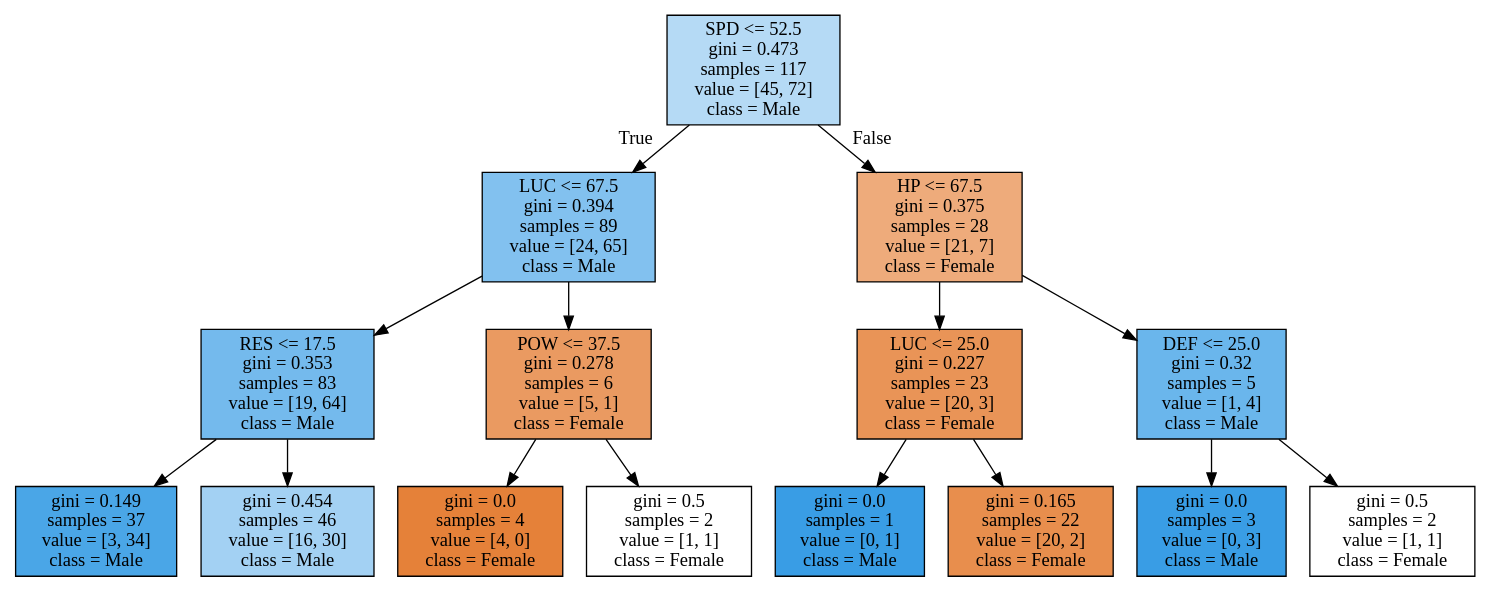
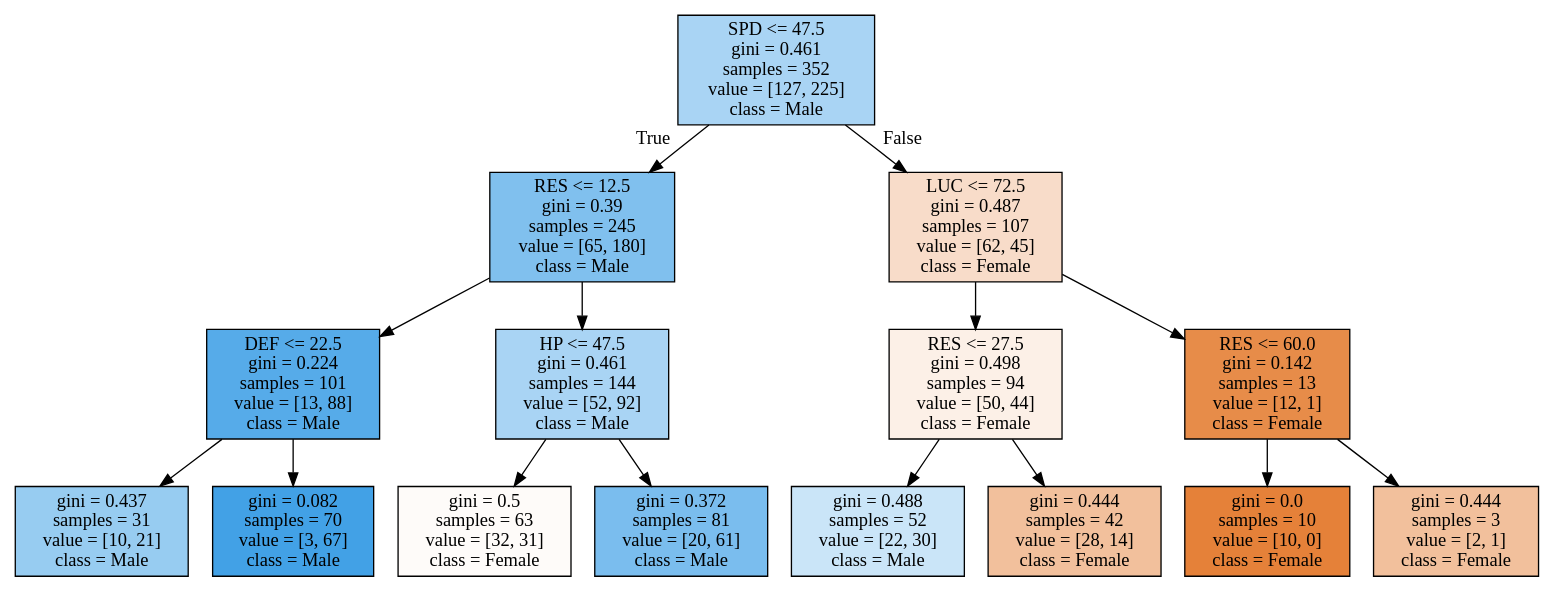
The diagram in tree.dot (hibit-at/FE_growth_rate), drawn with Graphviz before and after one commit. The commit also changed 4 other files, not shown here.

```diff
--- a/tree.dot
+++ b/tree.dot
@@ -1,32 +1,32 @@
 digraph Tree {
 node [shape=box, style="filled", color="black"] ;
-0 [label="SPD <= 52.5\ngini = 0.473\nsamples = 117\nvalue = [45, 72]\nclass = Male", fillcolor="#b5daf5"] ;
-1 [label="LUC <= 67.5\ngini = 0.394\nsamples = 89\nvalue = [24, 65]\nclass = Male", fillcolor="#82c1ef"] ;
+0 [label="SPD <= 47.5\ngini = 0.461\nsamples = 352\nvalue = [127, 225]\nclass = Male", fillcolor="#a9d4f4"] ;
+1 [label="RES <= 12.5\ngini = 0.39\nsamples = 245\nvalue = [65, 180]\nclass = Male", fillcolor="#80c0ee"] ;
 0 -> 1 [labeldistance=2.5, labelangle=45, headlabel="True"] ;
-2 [label="RES <= 17.5\ngini = 0.353\nsamples = 83\nvalue = [19, 64]\nclass = Male", fillcolor="#74baed"] ;
+2 [label="DEF <= 22.5\ngini = 0.224\nsamples = 101\nvalue = [13, 88]\nclass = Male", fillcolor="#56abe9"] ;
 1 -> 2 ;
-3 [label="gini = 0.149\nsamples = 37\nvalue = [3, 34]\nclass = Male", fillcolor="#4aa6e7"] ;
+3 [label="gini = 0.437\nsamples = 31\nvalue = [10, 21]\nclass = Male", fillcolor="#97ccf1"] ;
 2 -> 3 ;
-4 [label="gini = 0.454\nsamples = 46\nvalue = [16, 30]\nclass = Male", fillcolor="#a3d1f3"] ;
+4 [label="gini = 0.082\nsamples = 70\nvalue = [3, 67]\nclass = Male", fillcolor="#42a1e6"] ;
 2 -> 4 ;
-5 [label="POW <= 37.5\ngini = 0.278\nsamples = 6\nvalue = [5, 1]\nclass = Female", fillcolor="#ea9a61"] ;
+5 [label="HP <= 47.5\ngini = 0.461\nsamples = 144\nvalue = [52, 92]\nclass = Male", fillcolor="#a9d4f4"] ;
 1 -> 5 ;
-6 [label="gini = 0.0\nsamples = 4\nvalue = [4, 0]\nclass = Female", fillcolor="#e58139"] ;
+6 [label="gini = 0.5\nsamples = 63\nvalue = [32, 31]\nclass = Female", fillcolor="#fefbf9"] ;
 5 -> 6 ;
-7 [label="gini = 0.5\nsamples = 2\nvalue = [1, 1]\nclass = Female", fillcolor="#ffffff"] ;
+7 [label="gini = 0.372\nsamples = 81\nvalue = [20, 61]\nclass = Male", fillcolor="#7abdee"] ;
 5 -> 7 ;
-8 [label="HP <= 67.5\ngini = 0.375\nsamples = 28\nvalue = [21, 7]\nclass = Female", fillcolor="#eeab7b"] ;
+8 [label="LUC <= 72.5\ngini = 0.487\nsamples = 107\nvalue = [62, 45]\nclass = Female", fillcolor="#f8dcc9"] ;
 0 -> 8 [labeldistance=2.5, labelangle=-45, headlabel="False"] ;
-9 [label="LUC <= 25.0\ngini = 0.227\nsamples = 23\nvalue = [20, 3]\nclass = Female", fillcolor="#e99457"] ;
+9 [label="RES <= 27.5\ngini = 0.498\nsamples = 94\nvalue = [50, 44]\nclass = Female", fillcolor="#fcf0e7"] ;
 8 -> 9 ;
-10 [label="gini = 0.0\nsamples = 1\nvalue = [0, 1]\nclass = Male", fillcolor="#399de5"] ;
+10 [label="gini = 0.488\nsamples = 52\nvalue = [22, 30]\nclass = Male", fillcolor="#cae5f8"] ;
 9 -> 10 ;
-11 [label="gini = 0.165\nsamples = 22\nvalue = [20, 2]\nclass = Female", fillcolor="#e88e4d"] ;
+11 [label="gini = 0.444\nsamples = 42\nvalue = [28, 14]\nclass = Female", fillcolor="#f2c09c"] ;
 9 -> 11 ;
-12 [label="DEF <= 25.0\ngini = 0.32\nsamples = 5\nvalue = [1, 4]\nclass = Male", fillcolor="#6ab6ec"] ;
+12 [label="RES <= 60.0\ngini = 0.142\nsamples = 13\nvalue = [12, 1]\nclass = Female", fillcolor="#e78c49"] ;
 8 -> 12 ;
-13 [label="gini = 0.0\nsamples = 3\nvalue = [0, 3]\nclass = Male", fillcolor="#399de5"] ;
+13 [label="gini = 0.0\nsamples = 10\nvalue = [10, 0]\nclass = Female", fillcolor="#e58139"] ;
 12 -> 13 ;
-14 [label="gini = 0.5\nsamples = 2\nvalue = [1, 1]\nclass = Female", fillcolor="#ffffff"] ;
+14 [label="gini = 0.444\nsamples = 3\nvalue = [2, 1]\nclass = Female", fillcolor="#f2c09c"] ;
 12 -> 14 ;
 }
```
